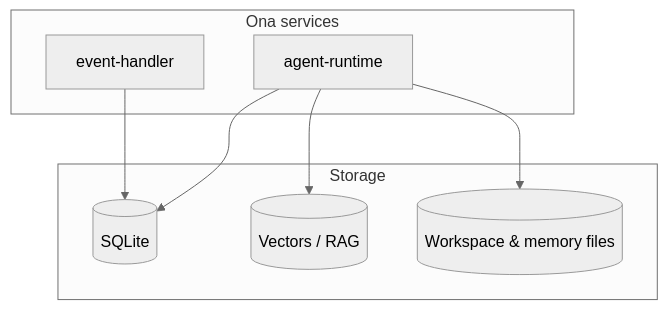
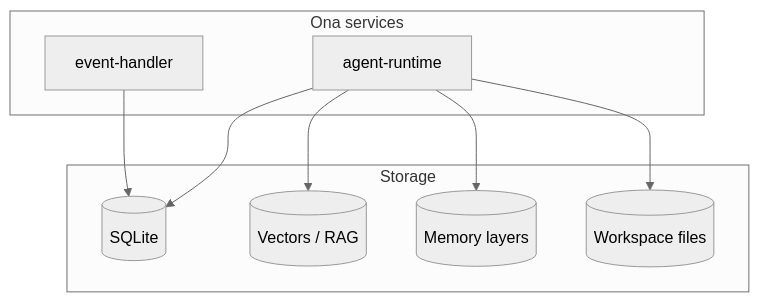
Before and after one commit to zerwiz/onapublic: the ninth of 19 diagrams in TECH_STACK.md, drawn with Mermaid (neutral theme). The commit also changed other lines of this file, not shown here.

First line of the commit message:
docs: TECH_STACK — more Mermaids, memory layers, security, pluggable, dev tooling

````diff
--- a/TECH_STACK.md
+++ b/TECH_STACK.md
@@ -114,16 +277,18 @@
 ```mermaid
 flowchart TB
   subgraph app["Ona services"]
     EH[event-handler]
     AR[agent-runtime]
   end
   subgraph storage["Storage"]
     SQL[(SQLite)]
     VEC[(Vectors / RAG)]
-    FS[(Workspace & memory files)]
+    MEM[(Memory layers)]
+    FS[(Workspace files)]
   end
   EH --> SQL
   AR --> SQL
   AR --> VEC
+  AR --> MEM
   AR --> FS
 ```
````
